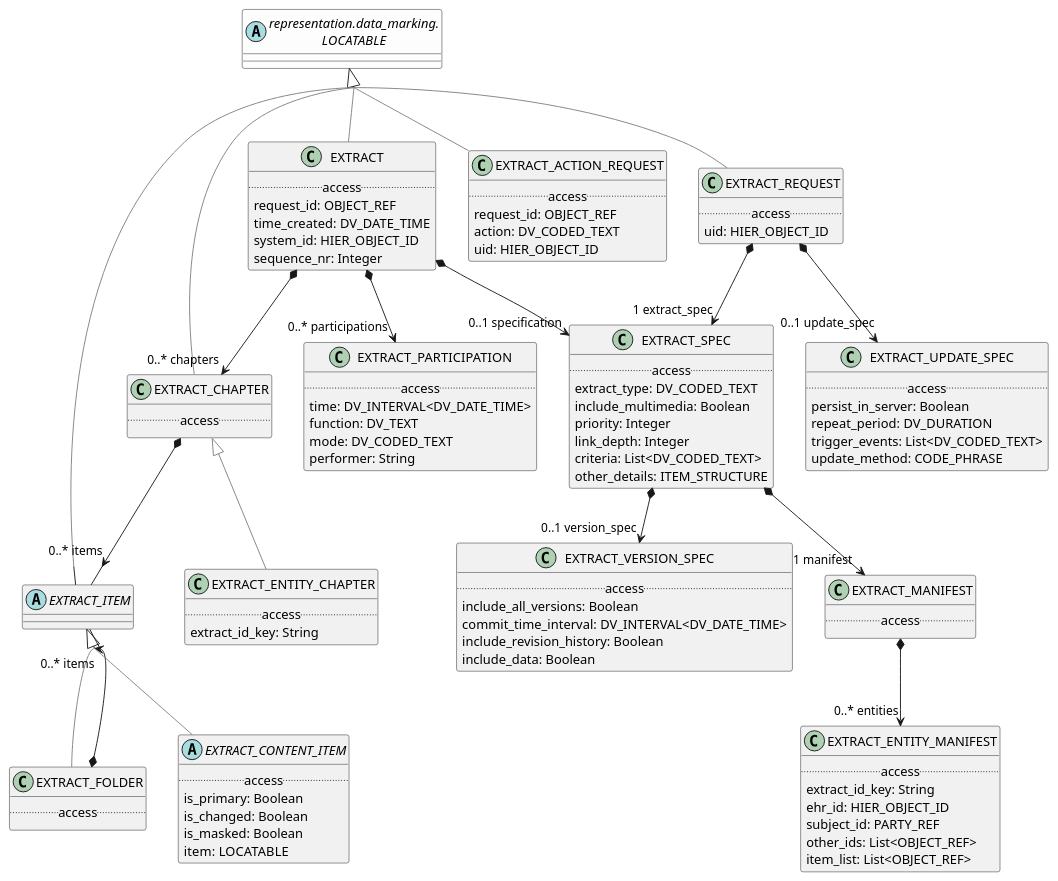
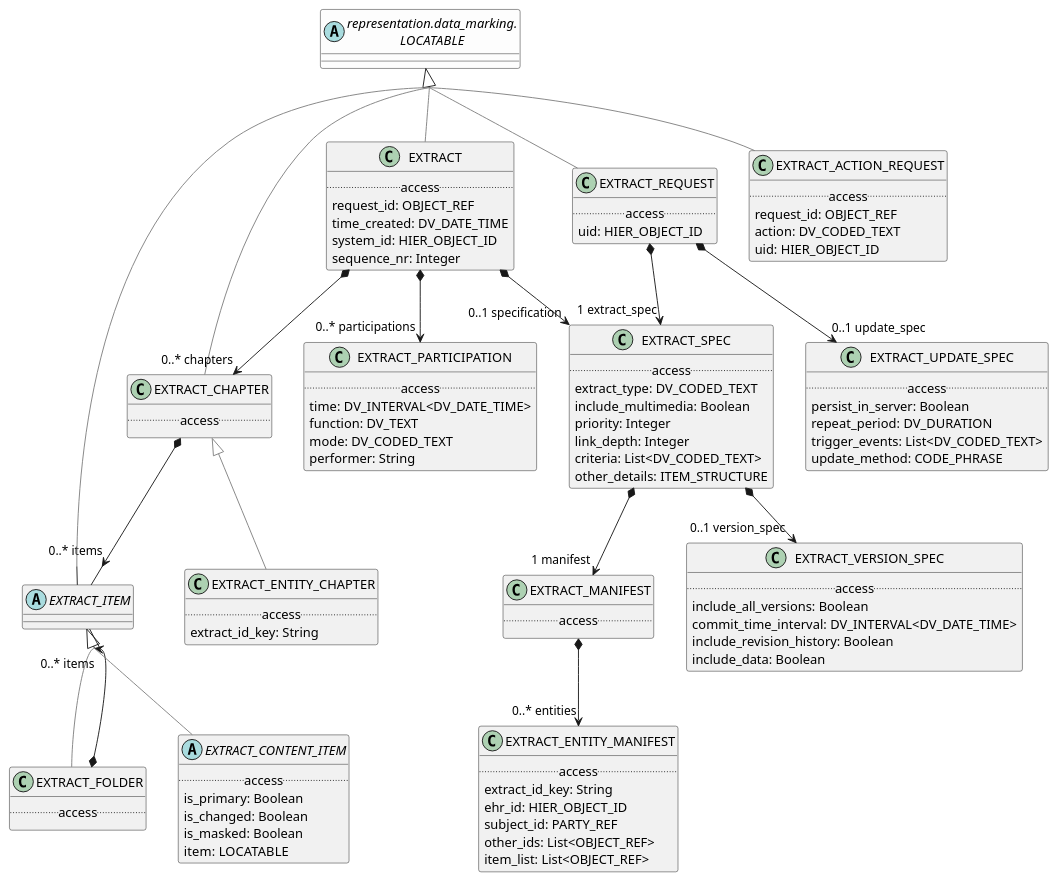
The diagram in modules/ROOT/examples/bmm/domain-healthcare/ehr_extract/common/common-package-uml.adoc (wolandscat/openehr-doc), drawn with PlantUML before and after one commit. The commit also changed other lines of this file and 293 other files, not shown here.

Commit message:
Regen with tweaks to UML output and correct metatypes for nested generics.

```diff
--- a/modules/ROOT/examples/bmm/domain-healthcare/ehr_extract/common/common-package-uml.adoc
+++ b/modules/ROOT/examples/bmm/domain-healthcare/ehr_extract/common/common-package-uml.adoc
@@ -6,30 +6,26 @@
 skinparam citedClassColor #FDFDFD
 
 
-abstract class EXTRACT_ITEM [[/openehr-doc/latest/domain-healthcare/ehr_extract-gen.html#_class_extract_item]] {
-}
-
-EXTRACT_ITEM -[#gray]up-|> LOCATABLE  
-
-
-class EXTRACT_ACTION_REQUEST [[/openehr-doc/latest/domain-healthcare/ehr_extract-gen.html#_class_extract_action_request]] {
+class EXTRACT_REQUEST [[/openehr-doc/latest/domain-healthcare/ehr_extract-gen.html#_class_extract_request]] {
         .. access ..
-        request_id: OBJECT_REF
-        action: DV_CODED_TEXT
         uid: HIER_OBJECT_ID
 }
 
-EXTRACT_ACTION_REQUEST -[#gray]up-|> LOCATABLE  
+EXTRACT_REQUEST -[#gray]up-|> LOCATABLE  
 
 
-class EXTRACT_VERSION_SPEC [[/openehr-doc/latest/domain-healthcare/ehr_extract-gen.html#_class_extract_version_spec]] {
+EXTRACT_REQUEST *--> "1 extract_spec" EXTRACT_SPEC
+
+EXTRACT_REQUEST *--> "0..1 update_spec" EXTRACT_UPDATE_SPEC
+
+class EXTRACT_FOLDER [[/openehr-doc/latest/domain-healthcare/ehr_extract-gen.html#_class_extract_folder]] {
         .. access ..
-        include_all_versions: Boolean
-        commit_time_interval: DV_INTERVAL<DV_DATE_TIME>
-        include_revision_history: Boolean
-        include_data: Boolean
 }
 
+EXTRACT_FOLDER -[#gray]up-|> EXTRACT_ITEM  
+
+
+EXTRACT_FOLDER *--> "0..* items" EXTRACT_ITEM
 
 class EXTRACT_ENTITY_MANIFEST [[/openehr-doc/latest/domain-healthcare/ehr_extract-gen.html#_class_extract_entity_manifest]] {
         .. access ..
@@ -41,22 +37,14 @@
 }
 
 
-class EXTRACT_PARTICIPATION [[/openehr-doc/latest/domain-healthcare/ehr_extract-gen.html#_class_extract_participation]] {
+class EXTRACT_ACTION_REQUEST [[/openehr-doc/latest/domain-healthcare/ehr_extract-gen.html#_class_extract_action_request]] {
         .. access ..
-        time: DV_INTERVAL<DV_DATE_TIME>
-        function: DV_TEXT
-        mode: DV_CODED_TEXT
-        performer: String
+        request_id: OBJECT_REF
+        action: DV_CODED_TEXT
+        uid: HIER_OBJECT_ID
 }
 
-
-class EXTRACT_UPDATE_SPEC [[/openehr-doc/latest/domain-healthcare/ehr_extract-gen.html#_class_extract_update_spec]] {
-        .. access ..
-        persist_in_server: Boolean
-        repeat_period: DV_DURATION
-        trigger_events: List<DV_CODED_TEXT>
-        update_method: CODE_PHRASE
-}
+EXTRACT_ACTION_REQUEST -[#gray]up-|> LOCATABLE  
 
 
 class EXTRACT_CHAPTER [[/openehr-doc/latest/domain-healthcare/ehr_extract-gen.html#_class_extract_chapter]] {
@@ -75,43 +63,38 @@
 
 EXTRACT_MANIFEST *--> "0..* entities" EXTRACT_ENTITY_MANIFEST
 
-class EXTRACT_REQUEST [[/openehr-doc/latest/domain-healthcare/ehr_extract-gen.html#_class_extract_request]] {
+class EXTRACT_SPEC [[/openehr-doc/latest/domain-healthcare/ehr_extract-gen.html#_class_extract_spec]] {
         .. access ..
-        uid: HIER_OBJECT_ID
+        extract_type: DV_CODED_TEXT
+        include_multimedia: Boolean
+        priority: Integer
+        link_depth: Integer
+        criteria: List<DV_CODED_TEXT>
+        other_details: ITEM_STRUCTURE
 }
 
-EXTRACT_REQUEST -[#gray]up-|> LOCATABLE  
+
+EXTRACT_SPEC *--> "0..1 version_spec" EXTRACT_VERSION_SPEC
+
+EXTRACT_SPEC *--> "1 manifest" EXTRACT_MANIFEST
+
+class EXTRACT_PARTICIPATION [[/openehr-doc/latest/domain-healthcare/ehr_extract-gen.html#_class_extract_participation]] {
+        .. access ..
+        time: DV_INTERVAL<DV_DATE_TIME>
+        function: DV_TEXT
+        mode: DV_CODED_TEXT
+        performer: String
+}
 
 
-EXTRACT_REQUEST *--> "1 extract_spec" EXTRACT_SPEC
-
-EXTRACT_REQUEST *--> "0..1 update_spec" EXTRACT_UPDATE_SPEC
-
-class EXTRACT [[/openehr-doc/latest/domain-healthcare/ehr_extract-gen.html#_class_extract]] {
+class EXTRACT_VERSION_SPEC [[/openehr-doc/latest/domain-healthcare/ehr_extract-gen.html#_class_extract_version_spec]] {
         .. access ..
-        request_id: OBJECT_REF
-        time_created: DV_DATE_TIME
-        system_id: HIER_OBJECT_ID
-        sequence_nr: Integer
+        include_all_versions: Boolean
+        commit_time_interval: DV_INTERVAL<DV_DATE_TIME>
+        include_revision_history: Boolean
+        include_data: Boolean
 }
 
-EXTRACT -[#gray]up-|> LOCATABLE  
-
-
-EXTRACT *--> "0..* chapters" EXTRACT_CHAPTER
-
-EXTRACT *--> "0..1 specification" EXTRACT_SPEC
-
-EXTRACT *--> "0..* participations" EXTRACT_PARTICIPATION
-
-class EXTRACT_FOLDER [[/openehr-doc/latest/domain-healthcare/ehr_extract-gen.html#_class_extract_folder]] {
-        .. access ..
-}
-
-EXTRACT_FOLDER -[#gray]up-|> EXTRACT_ITEM  
-
-
-EXTRACT_FOLDER *--> "0..* items" EXTRACT_ITEM
 
 class EXTRACT_ENTITY_CHAPTER [[/openehr-doc/latest/domain-healthcare/ehr_extract-gen.html#_class_extract_entity_chapter]] {
         .. access ..
@@ -132,20 +115,37 @@
 EXTRACT_CONTENT_ITEM -[#gray]up-|> EXTRACT_ITEM  
 
 
-class EXTRACT_SPEC [[/openehr-doc/latest/domain-healthcare/ehr_extract-gen.html#_class_extract_spec]] {
-        .. access ..
-        extract_type: DV_CODED_TEXT
-        include_multimedia: Boolean
-        priority: Integer
-        link_depth: Integer
-        criteria: List<DV_CODED_TEXT>
-        other_details: ITEM_STRUCTURE
+abstract class EXTRACT_ITEM [[/openehr-doc/latest/domain-healthcare/ehr_extract-gen.html#_class_extract_item]] {
 }
 
+EXTRACT_ITEM -[#gray]up-|> LOCATABLE  
 
-EXTRACT_SPEC *--> "0..1 version_spec" EXTRACT_VERSION_SPEC
 
-EXTRACT_SPEC *--> "1 manifest" EXTRACT_MANIFEST
+class EXTRACT [[/openehr-doc/latest/domain-healthcare/ehr_extract-gen.html#_class_extract]] {
+        .. access ..
+        request_id: OBJECT_REF
+        time_created: DV_DATE_TIME
+        system_id: HIER_OBJECT_ID
+        sequence_nr: Integer
+}
+
+EXTRACT -[#gray]up-|> LOCATABLE  
+
+
+EXTRACT *--> "0..* chapters" EXTRACT_CHAPTER
+
+EXTRACT *--> "0..1 specification" EXTRACT_SPEC
+
+EXTRACT *--> "0..* participations" EXTRACT_PARTICIPATION
+
+class EXTRACT_UPDATE_SPEC [[/openehr-doc/latest/domain-healthcare/ehr_extract-gen.html#_class_extract_update_spec]] {
+        .. access ..
+        persist_in_server: Boolean
+        repeat_period: DV_DURATION
+        trigger_events: List<DV_CODED_TEXT>
+        update_method: CODE_PHRASE
+}
+
 abstract class "representation.data_marking.\nLOCATABLE" as LOCATABLE  [[/openehr-doc/latest/representation/data_marking-gen.html#_class_locatable]] #FDFDFD {
 }
 
```
